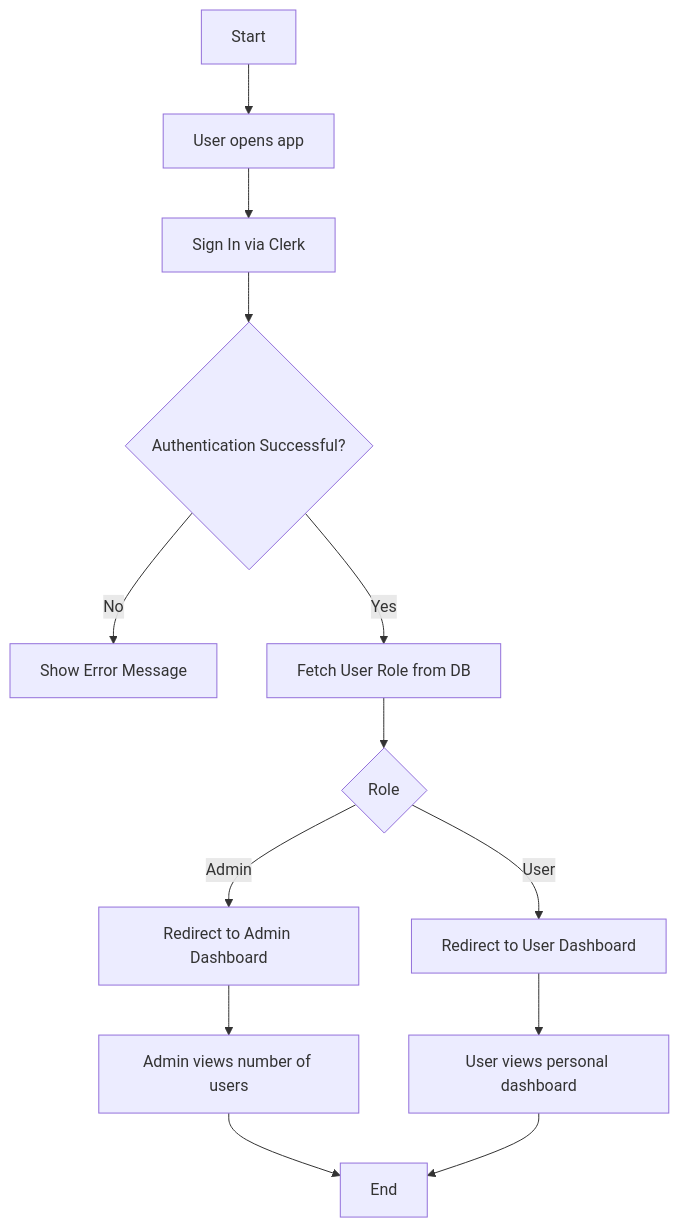
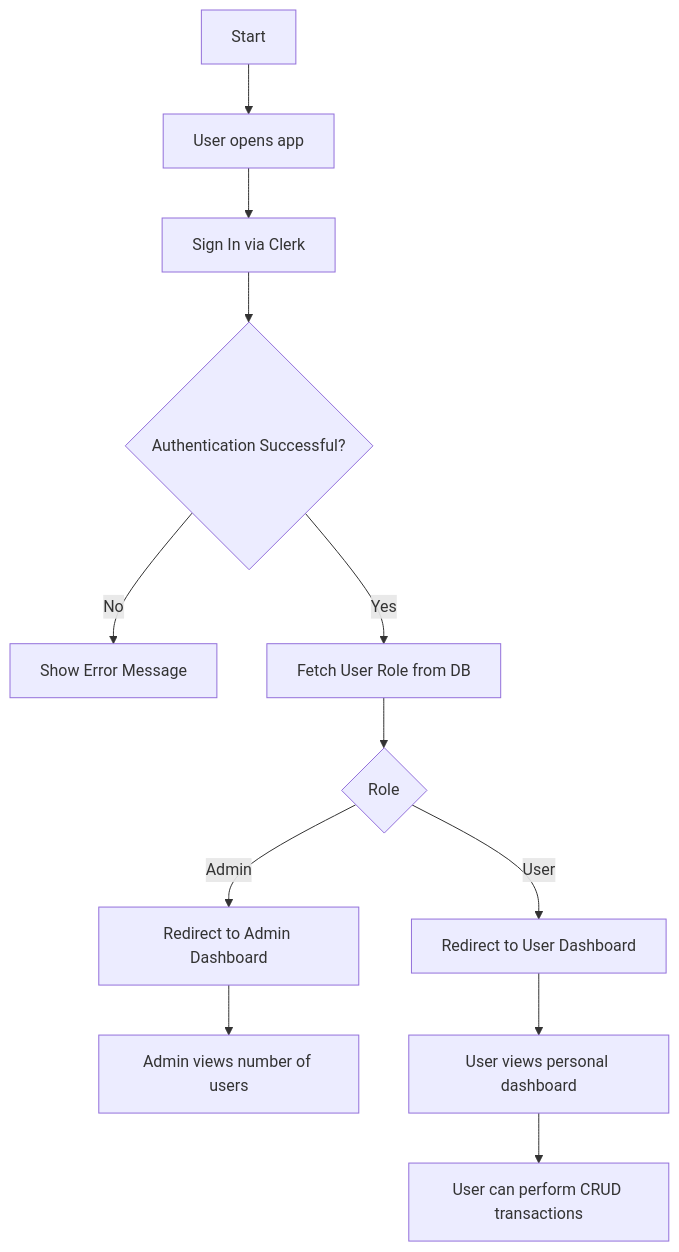
Before and after one commit to kunalgkmit/phase0-project-documentation: the first of 4 diagrams in docs/workflow.md, drawn with Mermaid. The commit also changed other lines of this file and 3 other files, not shown here.

Commit message:
feat: add aws specific architecture

````diff
--- a/docs/workflow.md
+++ b/docs/workflow.md
@@ -32,19 +32,18 @@
 ```mermaid
 flowchart TD
 A[Start] --> B[User opens app]
 B --> C[Sign In via Clerk]
 C --> D{Authentication Successful?}
 D -- No --> E[Show Error Message]
 D -- Yes --> F[Fetch User Role from DB]
 
 F --> G{Role}
 G -- Admin --> H[Redirect to Admin Dashboard]
 G -- User --> I[Redirect to User Dashboard]
 
 H --> J[Admin views number of users]
 I --> K[User views personal dashboard]
-J --> L[End]
-K --> L[End]
+K --> L[User can perform CRUD transactions]
 
 
 ```
````
